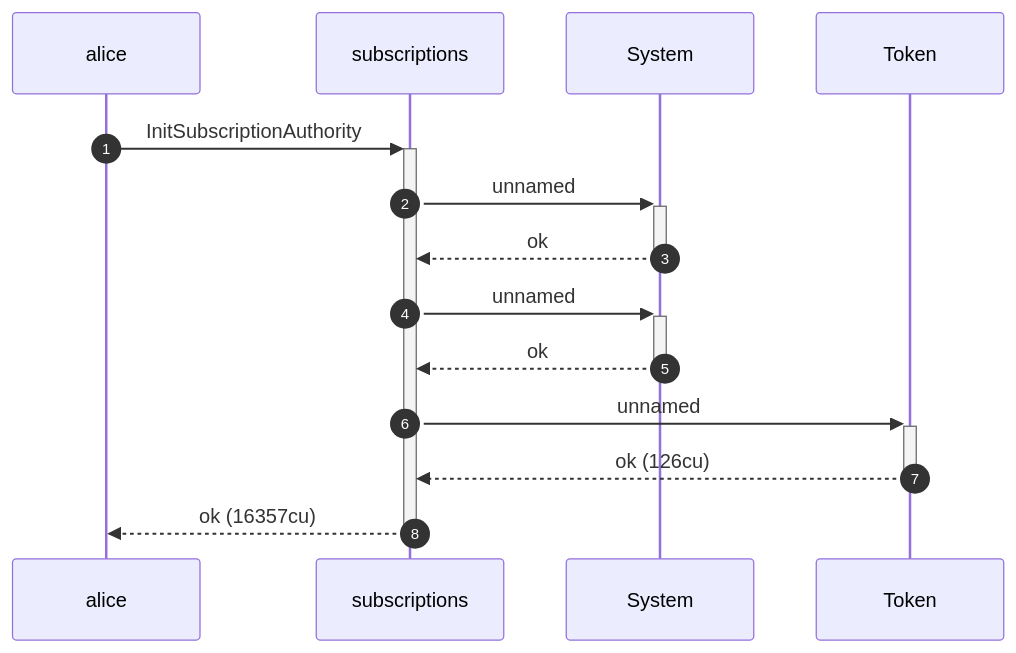
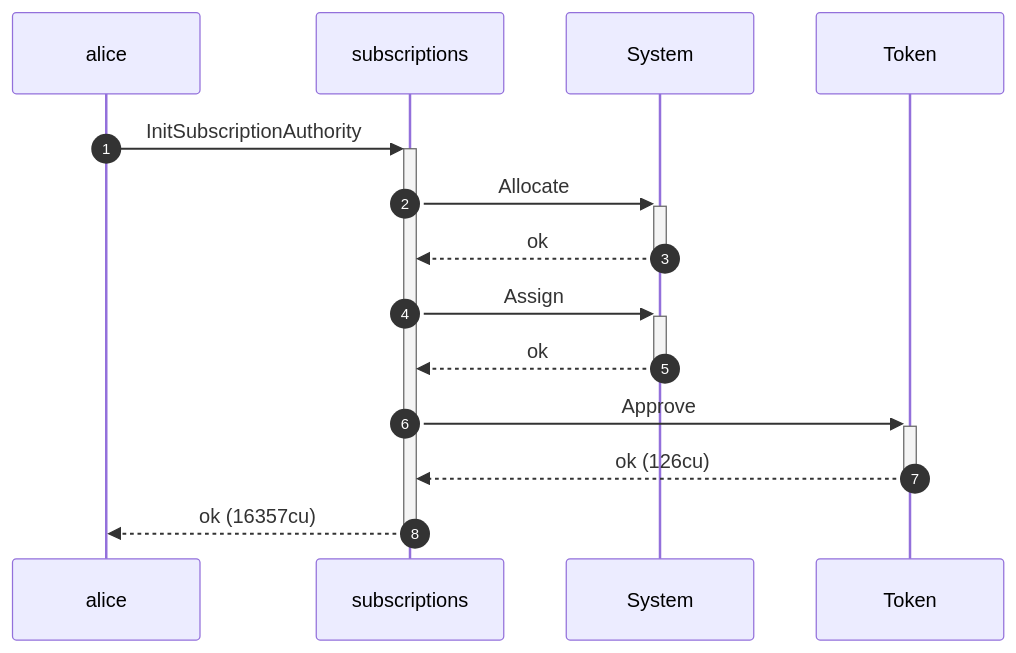
One commit to cds-rs/subscriptions changed the second of 4 diagrams in dsl_tests/survive-an-over-funded-pda.md. Above: the diagram before and after it, drawn with Mermaid. The commit also changed other lines of this file and 219 other files, not shown here.

````diff
--- a/dsl_tests/survive-an-over-funded-pda.md
+++ b/dsl_tests/survive-an-over-funded-pda.md
@@ -40,16 +40,16 @@
 ```mermaid
 sequenceDiagram
     autonumber
     participant alice
     participant subscriptions
     participant System
     participant Token
     alice ->>+ subscriptions: InitSubscriptionAuthority
-    subscriptions ->>+ System: unnamed
+    subscriptions ->>+ System: Allocate
     System -->>- subscriptions: ok
-    subscriptions ->>+ System: unnamed
+    subscriptions ->>+ System: Assign
     System -->>- subscriptions: ok
-    subscriptions ->>+ Token: unnamed
+    subscriptions ->>+ Token: Approve
     Token -->>- subscriptions: ok (126cu)
     subscriptions -->>- alice: ok (16357cu)
 ```
````
